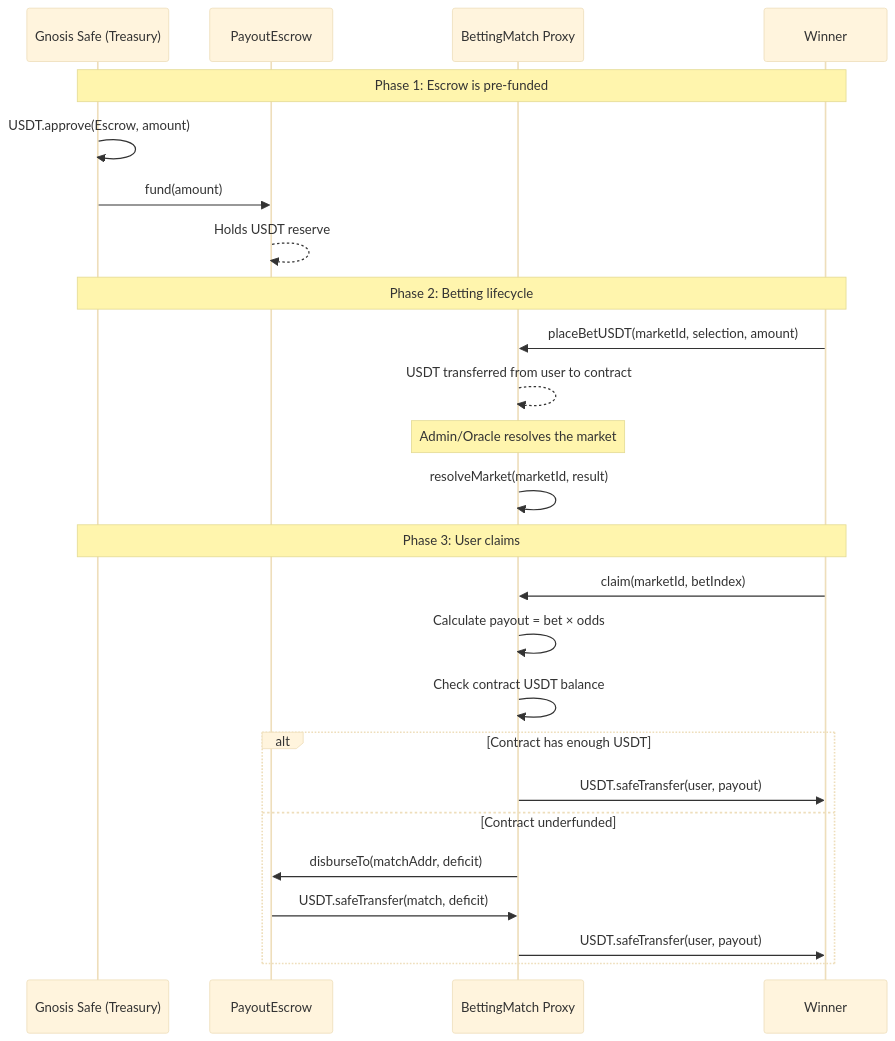
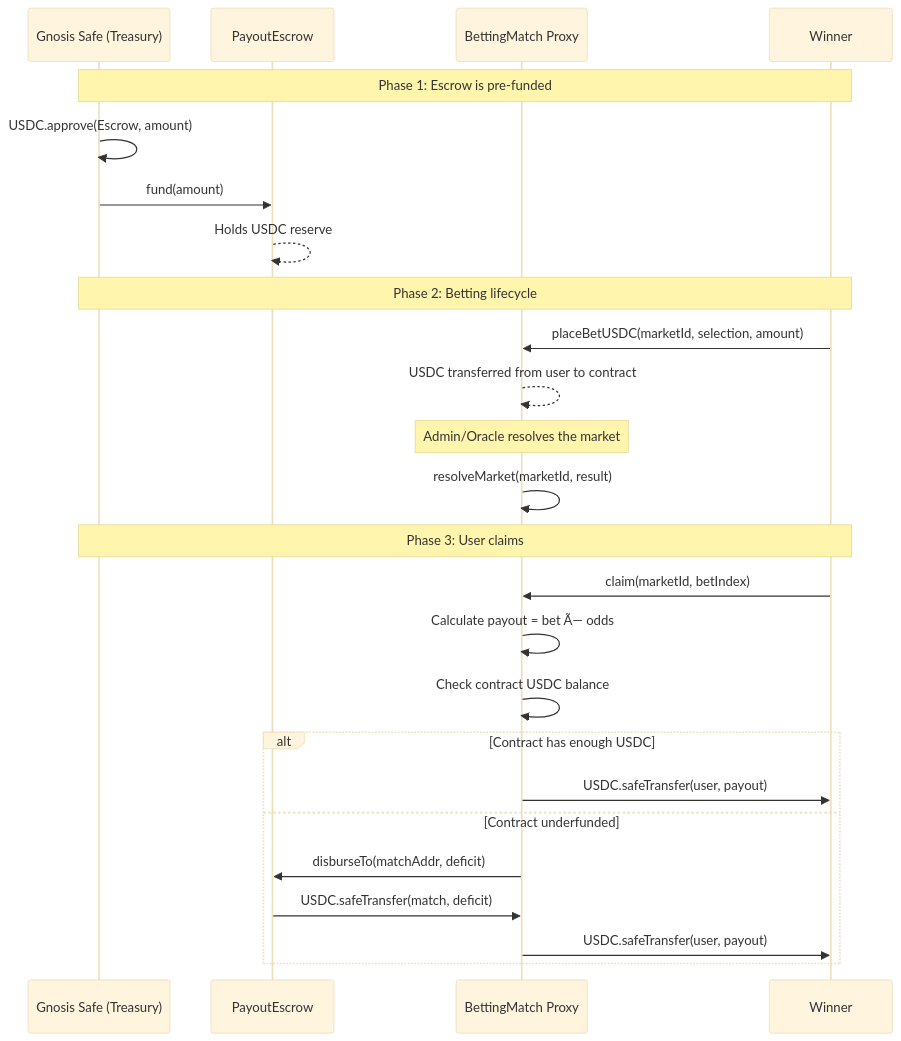
The first of 3 diagrams in chiliz-tv/docs/payout.md (ChilizTV/smart-contracts), drawn with Mermaid (base theme) before and after one commit. The commit also changed other lines of this file and 2 other files, not shown here.

First line of the commit message:
📝 Updated docs (from USDT to USDC

````diff
--- a/chiliz-tv/docs/payout.md
+++ b/chiliz-tv/docs/payout.md
@@ -29,31 +29,31 @@
 ```mermaid
 sequenceDiagram
     participant Safe as Gnosis Safe (Treasury)
     participant Escrow as PayoutEscrow
     participant Match as BettingMatch Proxy
     participant User as Winner
 
     Note over Safe,User: Phase 1: Escrow is pre-funded
-    Safe->>Safe: USDT.approve(Escrow, amount)
+    Safe->>Safe: USDC.approve(Escrow, amount)
     Safe->>Escrow: fund(amount)
-    Escrow-->>Escrow: Holds USDT reserve
+    Escrow-->>Escrow: Holds USDC reserve
     
     Note over Safe,User: Phase 2: Betting lifecycle
-    User->>Match: placeBetUSDT(marketId, selection, amount)
-    Match-->>Match: USDT transferred from user to contract
+    User->>Match: placeBetUSDC(marketId, selection, amount)
+    Match-->>Match: USDC transferred from user to contract
     Note over Match: Admin/Oracle resolves the market
     Match->>Match: resolveMarket(marketId, result)
 
     Note over Safe,User: Phase 3: User claims
     User->>Match: claim(marketId, betIndex)
-    Match->>Match: Calculate payout = bet × odds
-    Match->>Match: Check contract USDT balance
+    Match->>Match: Calculate payout = bet Ã— odds
+    Match->>Match: Check contract USDC balance
     
-    alt Contract has enough USDT
-        Match->>User: USDT.safeTransfer(user, payout)
+    alt Contract has enough USDC
+        Match->>User: USDC.safeTransfer(user, payout)
     else Contract underfunded
         Match->>Escrow: disburseTo(matchAddr, deficit)
-        Escrow->>Match: USDT.safeTransfer(match, deficit)
-        Match->>User: USDT.safeTransfer(user, payout)
+        Escrow->>Match: USDC.safeTransfer(match, deficit)
+        Match->>User: USDC.safeTransfer(user, payout)
     end
 ```
````
